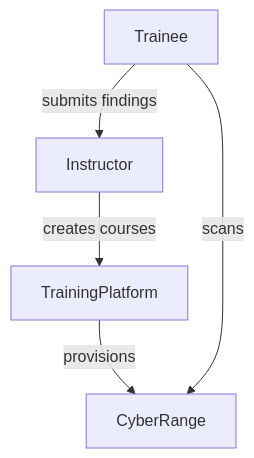
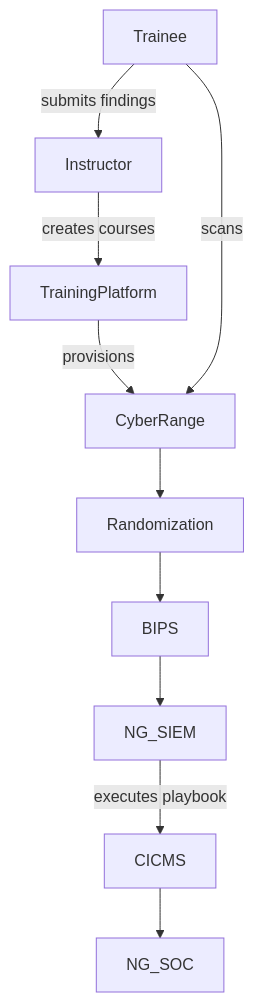
The diagram in docs/subcase_1b_guide.md (jmratwork/techanalysissecmanage-crcz), drawn with Mermaid before and after one commit. The commit also changed other lines of this file and 6 other files, not shown here.

````diff
--- a/docs/subcase_1b_guide.md
+++ b/docs/subcase_1b_guide.md
@@ -8,7 +8,12 @@
 ```mermaid
 flowchart TD
     Instructor -->|creates courses| TrainingPlatform
     TrainingPlatform -->|provisions| CyberRange
+    CyberRange --> Randomization
+    Randomization --> BIPS
+    BIPS --> NG_SIEM
+    NG_SIEM -->|executes playbook| CICMS
+    CICMS --> NG_SOC
     Trainee -->|scans| CyberRange
     Trainee -->|submits findings| Instructor
 ```
````
